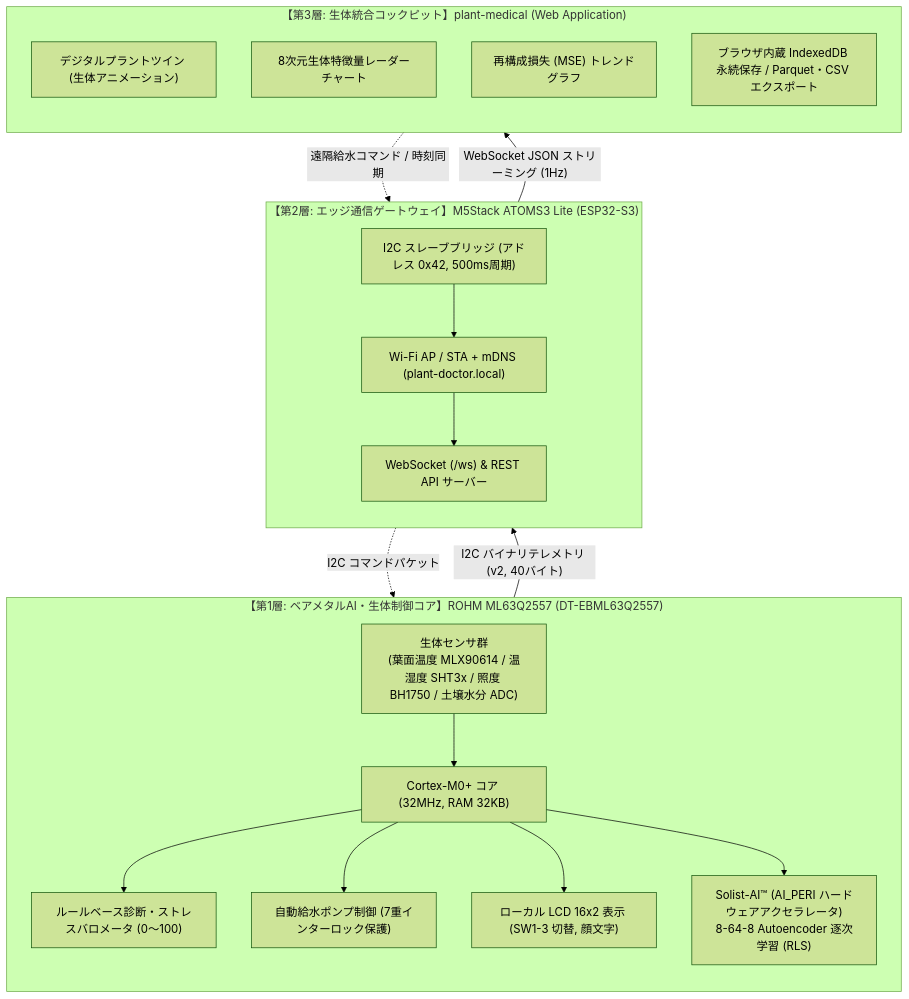
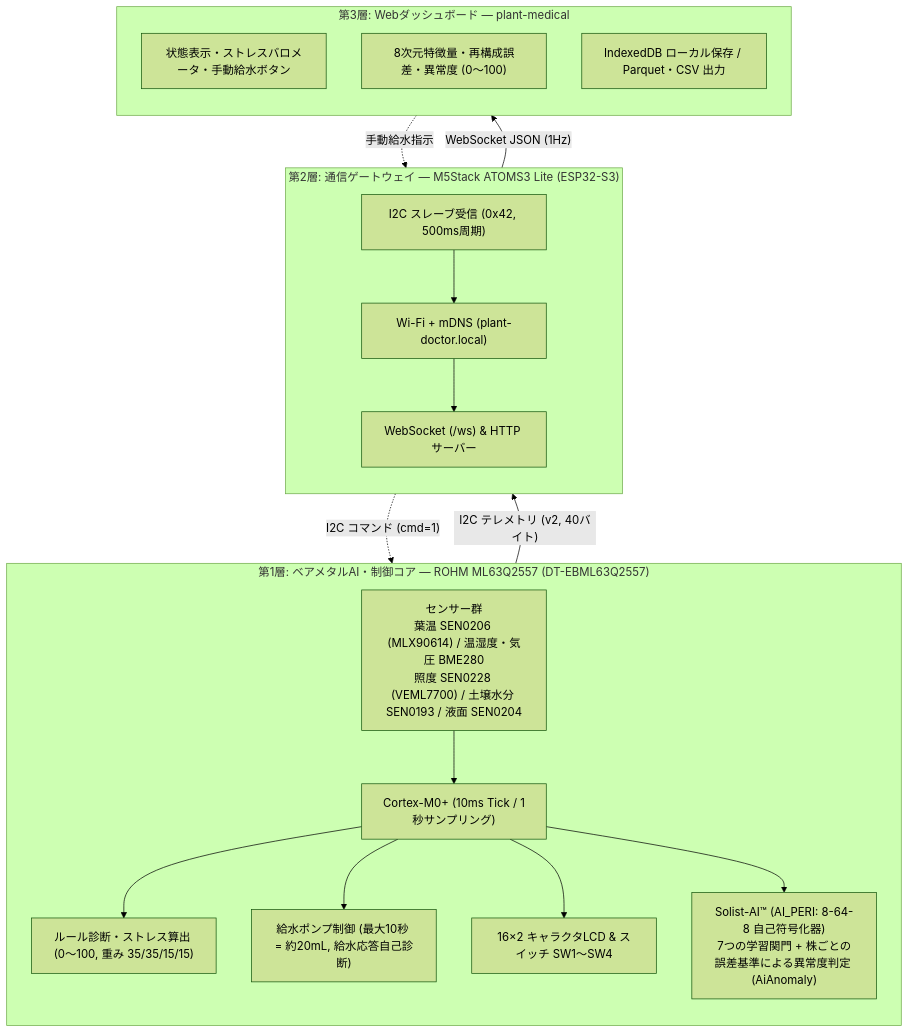
Before and after one commit to horned128/plant-doctor: the second of 2 diagrams in docs/textbook/README.md, drawn with Mermaid (forest theme). The commit also changed other lines of this file and 28 other files, not shown here.

````diff
--- a/docs/textbook/README.md
+++ b/docs/textbook/README.md
@@ -33,32 +33,31 @@
 ```mermaid
 flowchart TD
-    subgraph L1["【第1層: ベアメタルAI・生体制御コア】ROHM ML63Q2557 (DT-EBML63Q2557)"]
+    subgraph L1["第1層: ベアメタルAI・制御コア — ROHM ML63Q2557 (DT-EBML63Q2557)"]
         direction TB
-        SENS["生体センサ群<br/>(葉面温度 MLX90614 / 温湿度 SHT3x / 照度 BH1750 / 土壌水分 ADC)"] --> CORE["Cortex-M0+ コア (32MHz, RAM 32KB)"]
-        CORE --> STRESS["ルールベース診断・ストレスバロメータ (0〜100)"]
-        CORE --> PUMP["自動給水ポンプ制御 (7重インターロック保護)"]
-        CORE --> LCD["ローカル LCD 16x2 表示 (SW1-3 切替, 顔文字)"]
-        CORE --> SOLIST["Solist-AI™ (AI_PERI ハードウェアアクセラレータ)<br/>8-64-8 Autoencoder 逐次学習 (RLS)"]
+        SENS["センサー群<br/>葉温 SEN0206 (MLX90614) / 温湿度・気圧 BME280<br/>照度 SEN0228 (VEML7700) / 土壌水分 SEN0193 / 液面 SEN0204"] --> CORE["Cortex-M0+ (10ms Tick / 1秒サンプリング)"]
+        CORE --> STRESS["ルール診断・ストレス算出 (0〜100, 重み 35/35/15/15)"]
+        CORE --> PUMP["給水ポンプ制御 (最大10秒 = 約20mL, 給水応答自己診断)"]
+        CORE --> LCD["16×2 キャラクタLCD & スイッチ SW1〜SW4"]
+        CORE --> SOLIST["Solist-AI™ (AI_PERI: 8-64-8 自己符号化器)<br/>7つの学習関門 + 株ごとの誤差基準による異常度判定 (AiAnomaly)"]
     end
 
-    subgraph L2["【第2層: エッジ通信ゲートウェイ】M5Stack ATOMS3 Lite (ESP32-S3)"]
+    subgraph L2["第2層: 通信ゲートウェイ — M5Stack ATOMS3 Lite (ESP32-S3)"]
         direction TB
-        BRIDGE["I2C スレーブブリッジ (アドレス 0x42, 500ms周期)"]
-        WIFI["Wi-Fi AP / STA + mDNS (plant-doctor.local)"]
-        WS["WebSocket (/ws) & REST API サーバー"]
+        BRIDGE["I2C スレーブ受信 (0x42, 500ms周期)"]
+        WIFI["Wi-Fi + mDNS (plant-doctor.local)"]
+        WS["WebSocket (/ws) & HTTP サーバー"]
         BRIDGE --> WIFI --> WS
     end
 
-    subgraph L3["【第3層: 生体統合コックピット】plant-medical (Web Application)"]
+    subgraph L3["第3層: Webダッシュボード — plant-medical"]
         direction TB
-        TWIN["デジタルプラントツイン (生体アニメーション)"]
-        RADAR["8次元生体特徴量レーダーチャート"]
-        LOSS["再構成損失 (MSE) トレンドグラフ"]
-        STORE["ブラウザ内蔵 IndexedDB 永続保存 / Parquet・CSV エクスポート"]
+        TWIN["状態表示・ストレスバロメータ・手動給水ボタン"]
+        RADAR["8次元特徴量・再構成誤差・異常度 (0〜100)"]
+        STORE["IndexedDB ローカル保存 / Parquet・CSV 出力"]
     end
 
-    L1 -- "I2C バイナリテレメトリ (v2, 40バイト)" --> L2
-    L2 -- "WebSocket JSON ストリーミング (1Hz)" --> L3
-    L3 -. "遠隔給水コマンド / 時刻同期" .-> L2
-    L2 -. "I2C コマンドパケット" .-> L1
+    L1 -- "I2C テレメトリ (v2, 40バイト)" --> L2
+    L2 -- "WebSocket JSON (1Hz)" --> L3
+    L3 -. "手動給水指示" .-> L2
+    L2 -. "I2C コマンド (cmd=1)" .-> L1
 ```
````
